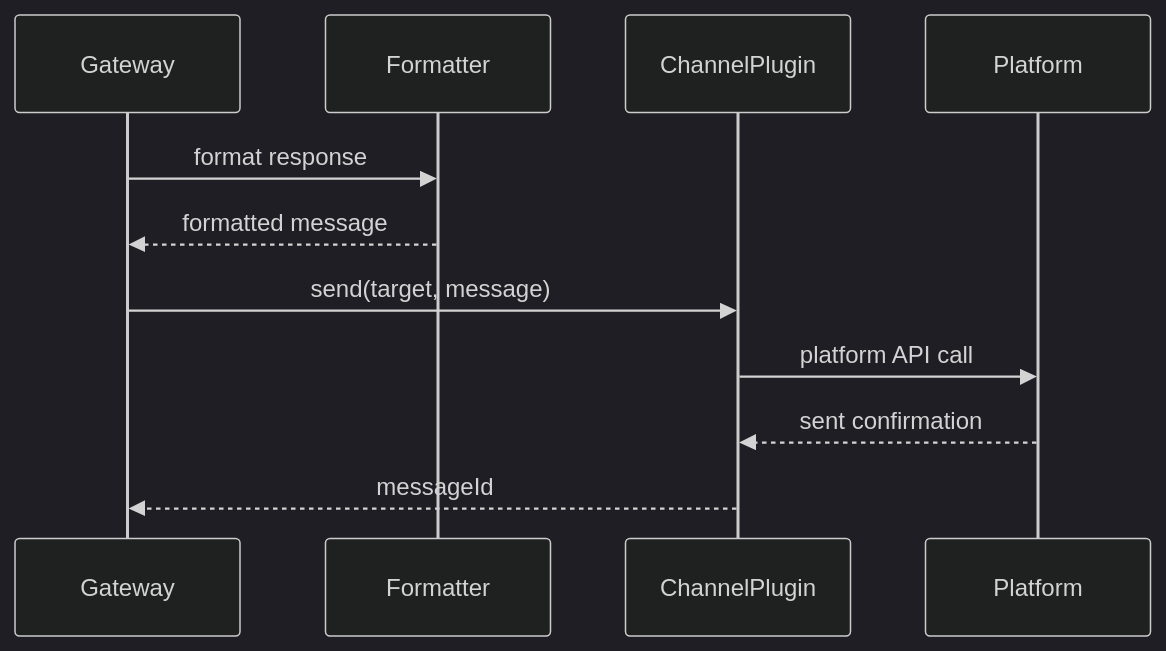
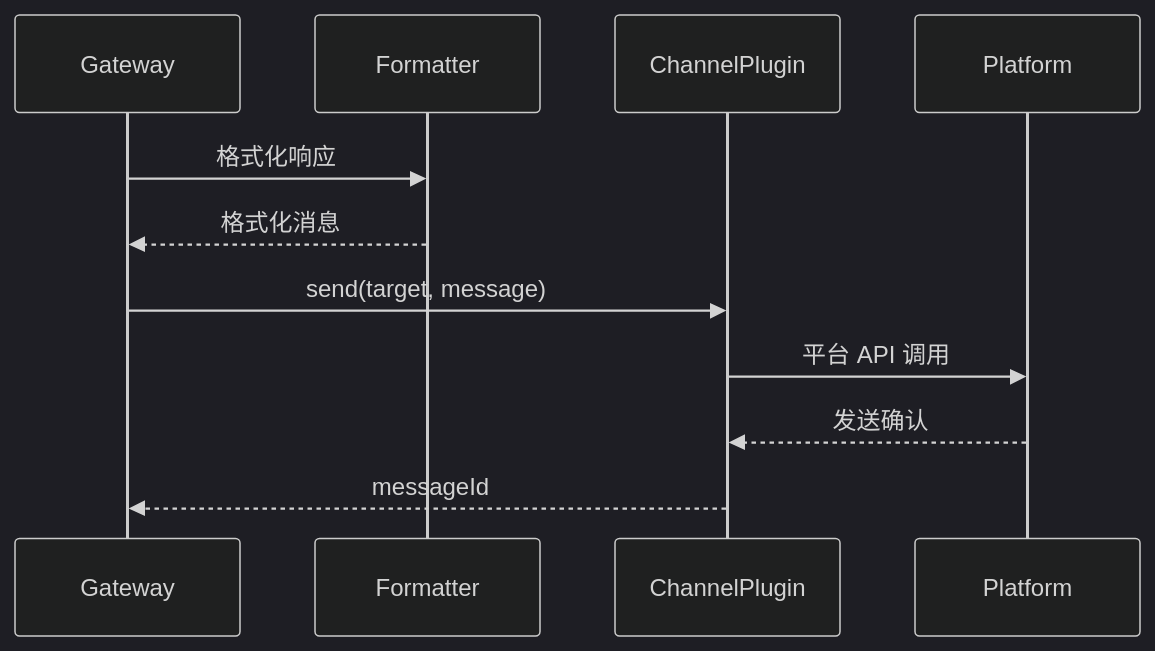
The fifth of 6 diagrams in docs/zh/architecture-book/part-4-gateway-protocol/03-message-flow.md (a576378368/openclaw_docs), drawn with Mermaid (dark theme) before and after one commit. The commit also changed other lines of this file and 4 other files, not shown here.

````diff
--- a/docs/zh/architecture-book/part-4-gateway-protocol/03-message-flow.md
+++ b/docs/zh/architecture-book/part-4-gateway-protocol/03-message-flow.md
@@ -294,14 +294,14 @@
 ```mermaid
 sequenceDiagram
     participant Gateway
     participant Formatter
     participant ChannelPlugin
     participant Platform
 
-    Gateway->>Formatter: format response
-    Formatter-->>Gateway: formatted message
+    Gateway->>Formatter: 格式化响应
+    Formatter-->>Gateway: 格式化消息
     Gateway->>ChannelPlugin: send(target, message)
-    ChannelPlugin->>Platform: platform API call
-    Platform-->>ChannelPlugin: sent confirmation
+    ChannelPlugin->>Platform: 平台 API 调用
+    Platform-->>ChannelPlugin: 发送确认
     ChannelPlugin-->>Gateway: messageId
 ```
````
